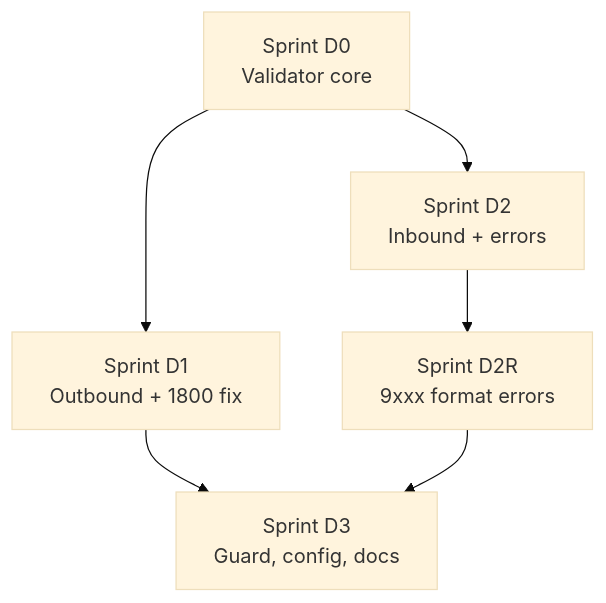
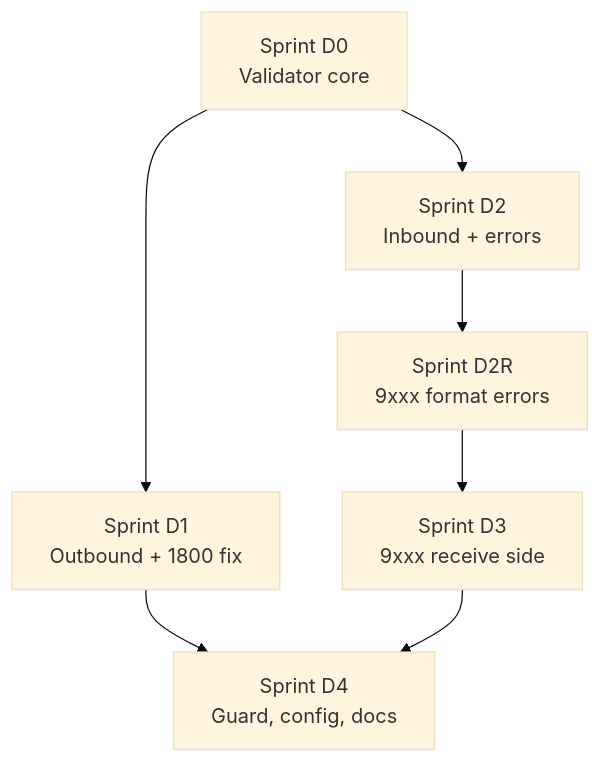
Before and after one commit to nikmes/iso8583net: the diagram in docs/specs/sprints/README.md, drawn with Mermaid (base theme). The commit also changed other lines of this file and 8 other files, not shown here.

Commit message:
docs(d3): 9xxx format-error receive-side sprint + renumber handler guard to D4

````diff
--- a/docs/specs/sprints/README.md
+++ b/docs/specs/sprints/README.md
@@ -31,8 +32,9 @@
 ```mermaid
 graph TD
     D0["Sprint D0<br/>Validator core"] --> D1["Sprint D1<br/>Outbound + 1800 fix"]
     D0 --> D2["Sprint D2<br/>Inbound + errors"]
     D2 --> D2R["Sprint D2R<br/>9xxx format errors"]
-    D1 --> D3["Sprint D3<br/>Guard, config, docs"]
-    D2R --> D3
+    D2R --> D3["Sprint D3<br/>9xxx receive side"]
+    D1 --> D4["Sprint D4<br/>Guard, config, docs"]
+    D3 --> D4
 ```
````
